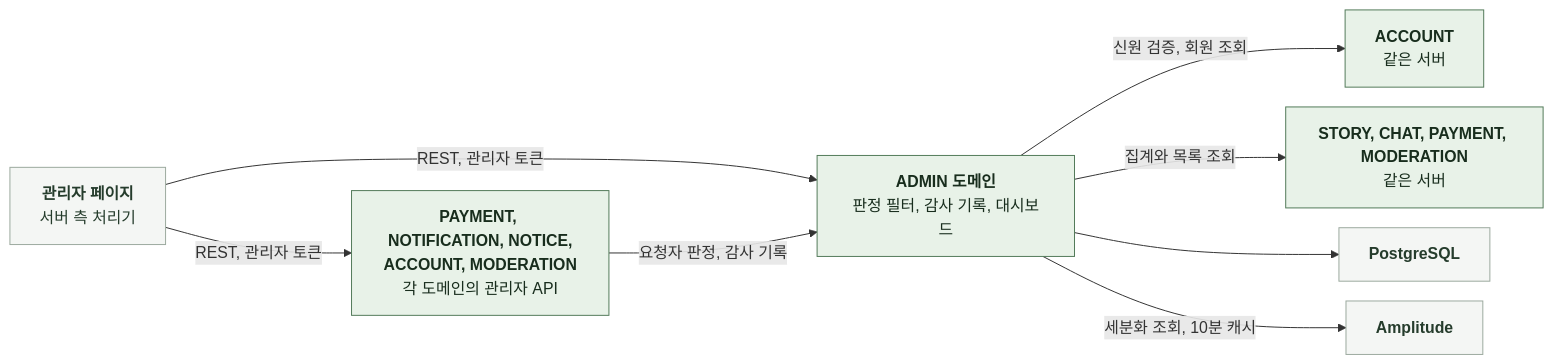
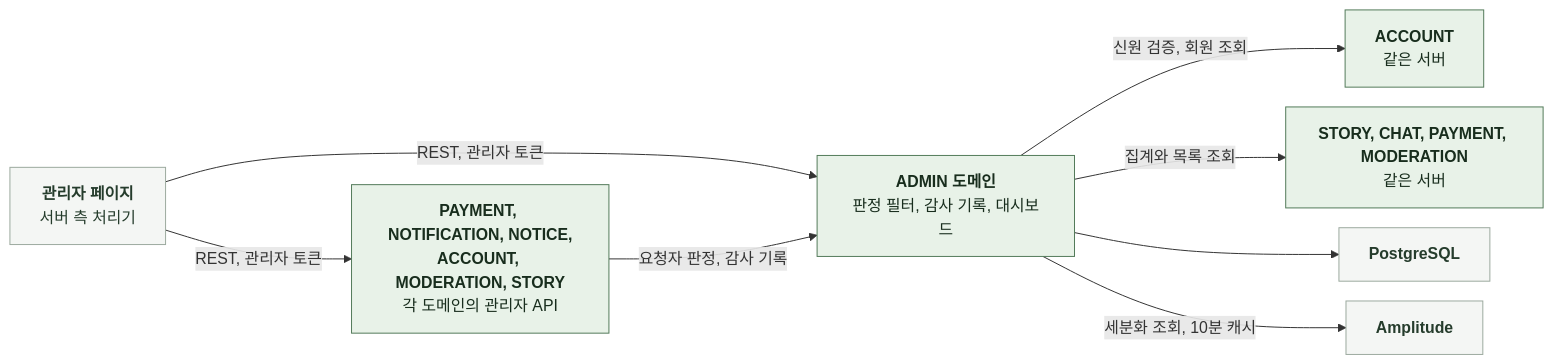
One commit to KIM-N-KANG/knk-harness changed the diagram in docs/domain/ADMIN/BACKEND/3-1-SOFTWARE-ARCHITECTURE.md. Above: the diagram before and after it, drawn with Mermaid. The commit also changed 19 other files, not shown here.

````diff
--- a/docs/domain/ADMIN/BACKEND/3-1-SOFTWARE-ARCHITECTURE.md
+++ b/docs/domain/ADMIN/BACKEND/3-1-SOFTWARE-ARCHITECTURE.md
@@ -20,21 +20,21 @@
 ```mermaid
 %%{init: {"flowchart": {"curve": "basis", "nodeSpacing": 20, "rankSpacing": 60}}}%%
 flowchart LR
     A["`**관리자 페이지**
 서버 측 처리기`"] -->|REST, 관리자 토큰| S["`**ADMIN 도메인**
 판정 필터, 감사 기록, 대시보드`"]
     A -->|REST, 관리자 토큰| O["`**PAYMENT, NOTIFICATION, NOTICE,
-ACCOUNT, MODERATION**
+ACCOUNT, MODERATION, STORY**
 각 도메인의 관리자 API`"]
     O -->|요청자 판정, 감사 기록| S
     S -->|신원 검증, 회원 조회| AC["`**ACCOUNT**
 같은 서버`"]
     S -->|집계와 목록 조회| R["`**STORY, CHAT, PAYMENT, MODERATION**
 같은 서버`"]
     S --> DB["`**PostgreSQL**`"]
     S -->|세분화 조회, 10분 캐시| AM["`**Amplitude**`"]
     classDef ext fill:#F4F6F4,stroke:#9BA99E,color:#253C2C
     classDef comp fill:#E8F2E8,stroke:#527A59,color:#182D1D
     class A,DB,AM ext
     class S,O,AC,R comp
 ```
````
